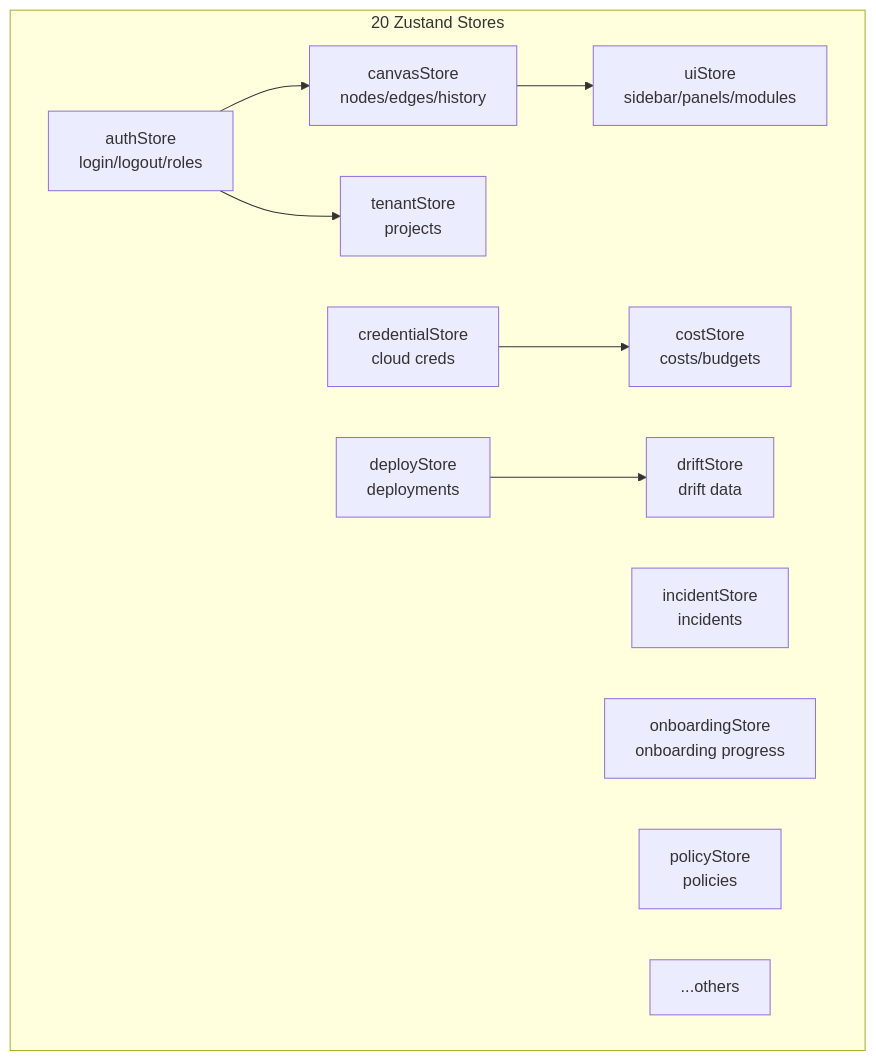
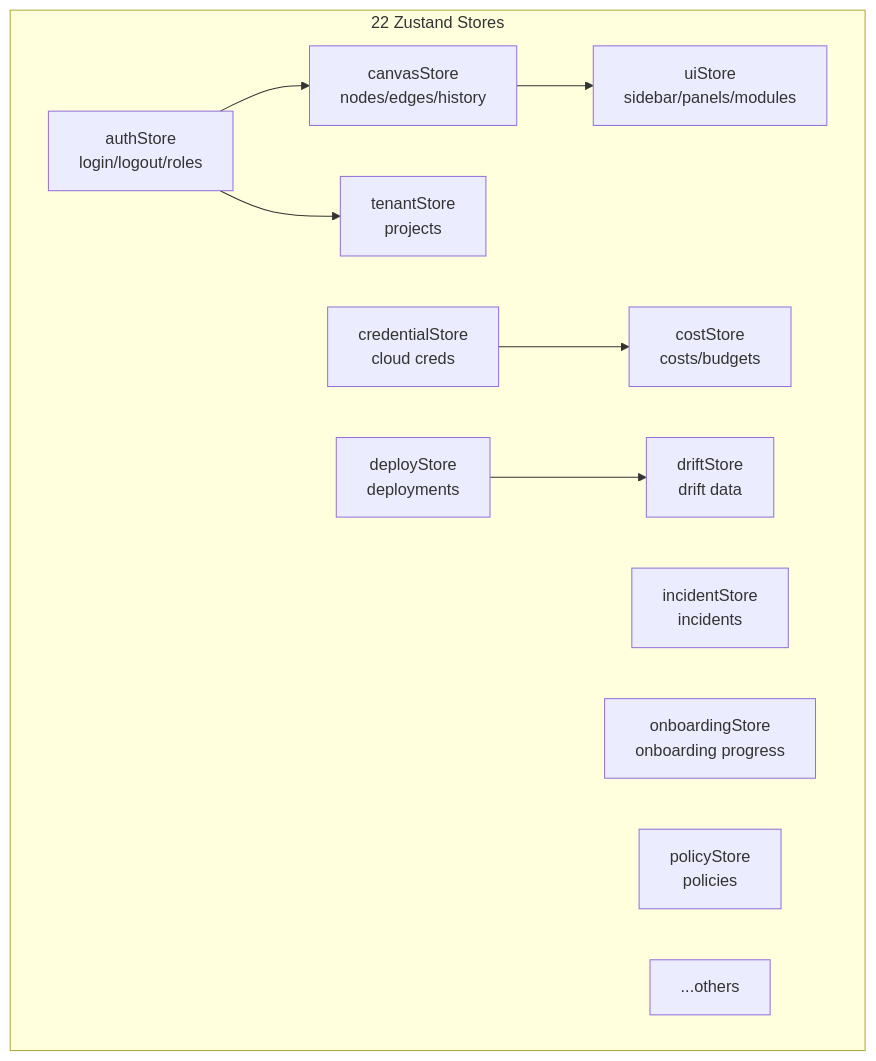
The third of 34 diagrams in docs/architecture/README.md (matalvesdev/cloudbuilder), drawn with Mermaid before and after one commit. The commit also changed other lines of this file and 159 other files, not shown here.

````diff
--- a/docs/architecture/README.md
+++ b/docs/architecture/README.md
@@ -152,23 +148,23 @@
 ```mermaid
 graph TD
-    subgraph Stores["20 Zustand Stores"]
+    subgraph Stores["22 Zustand Stores"]
         CANVAS[canvasStore<br/>nodes/edges/history]
         UI[uiStore<br/>sidebar/panels/modules]
         AUTH[authStore<br/>login/logout/roles]
         COST[costStore<br/>costs/budgets]
         DEPLOY[deployStore<br/>deployments]
         DRIFT[driftStore<br/>drift data]
         INCIDENT[incidentStore<br/>incidents]
         TENANT[tenantStore<br/>projects]
         ONBOARD[onboardingStore<br/>onboarding progress]
         CREDENTIAL[credentialStore<br/>cloud creds]
         POLICY[policyStore<br/>policies]
         ...others
     end
     
     CANVAS --> UI
     AUTH --> CANVAS
     AUTH --> TENANT
     CREDENTIAL --> COST
     DEPLOY --> DRIFT
 ```
````
